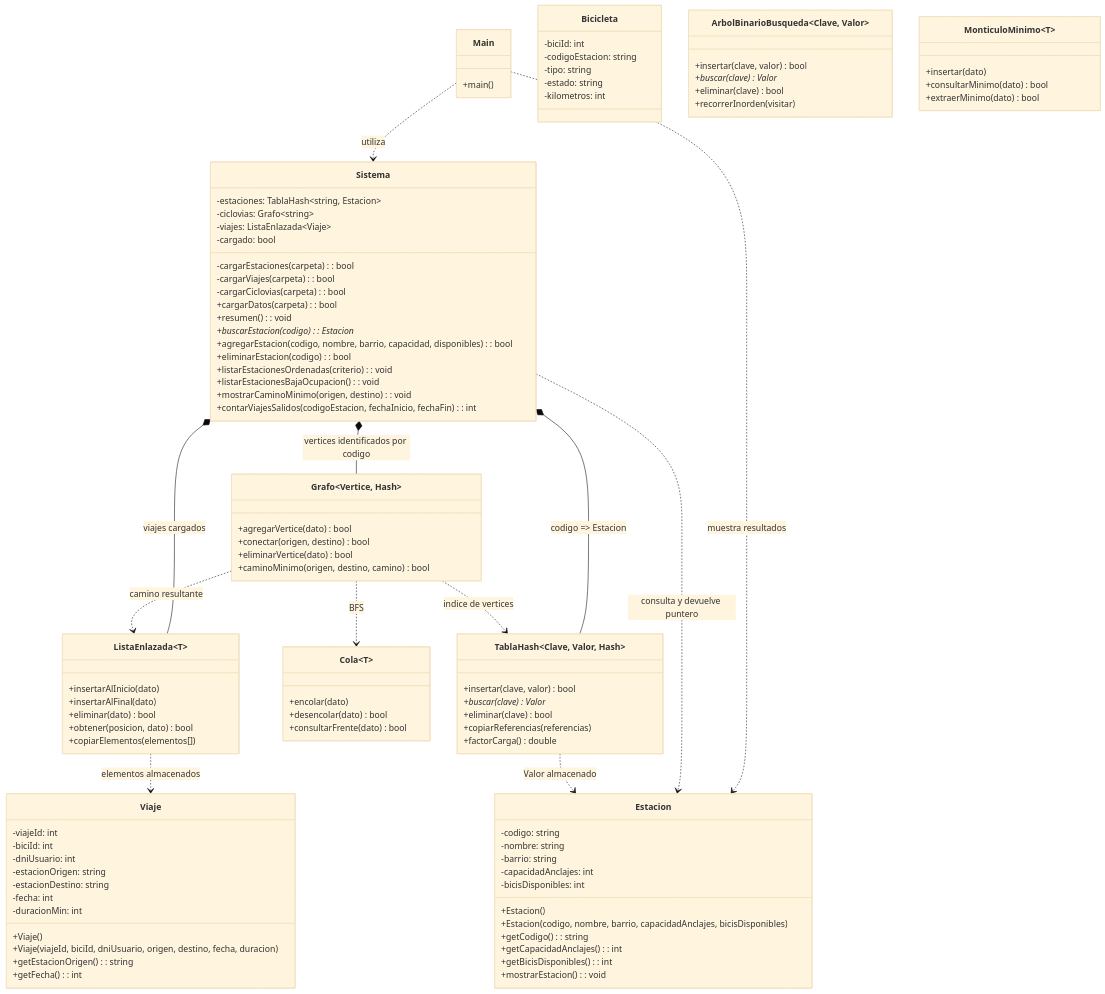
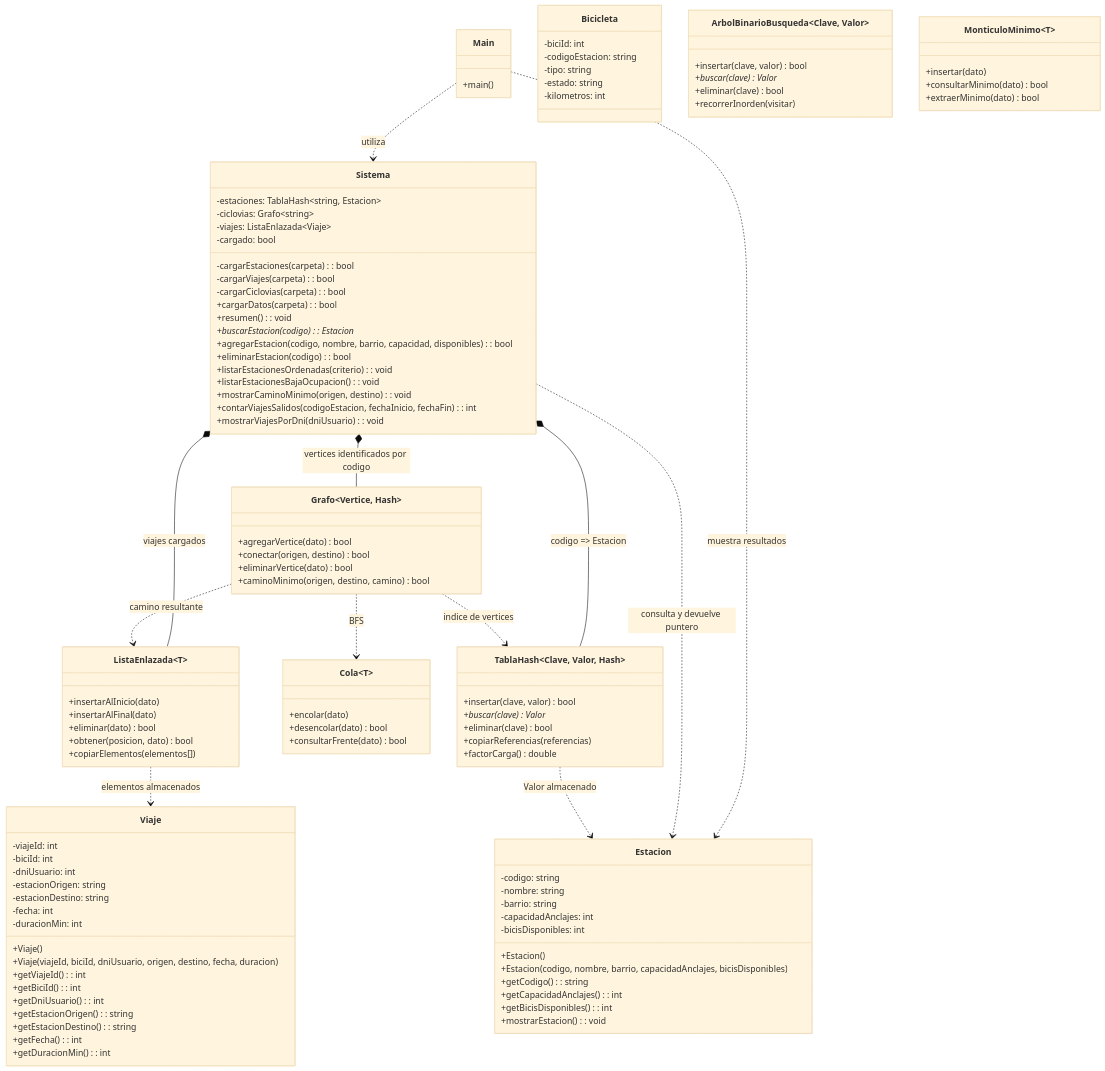
One commit to cberto/algoritmos changed the diagram in TP - Integrador/UML_ACTUAL.md. Above: the diagram before and after it, drawn with Mermaid (base theme). The commit also changed other lines of this file and 6 other files, not shown here.

```diff
--- a/TP - Integrador/UML_ACTUAL.md
+++ b/TP - Integrador/UML_ACTUAL.md
@@ -25,6 +25,7 @@
         +listarEstacionesBajaOcupacion(): void
         +mostrarCaminoMinimo(origen, destino): void
         +contarViajesSalidos(codigoEstacion, fechaInicio, fechaFin): int
+        +mostrarViajesPorDni(dniUsuario): void
     }
 
     class Estacion {
@@ -59,8 +60,13 @@
         -duracionMin: int
         +Viaje()
         +Viaje(viajeId, biciId, dniUsuario, origen, destino, fecha, duracion)
+        +getViajeId(): int
+        +getBiciId(): int
+        +getDniUsuario(): int
         +getEstacionOrigen(): string
+        +getEstacionDestino(): string
         +getFecha(): int
+        +getDuracionMin(): int
     }
 
     class ListaEnlazada~T~ {
```
